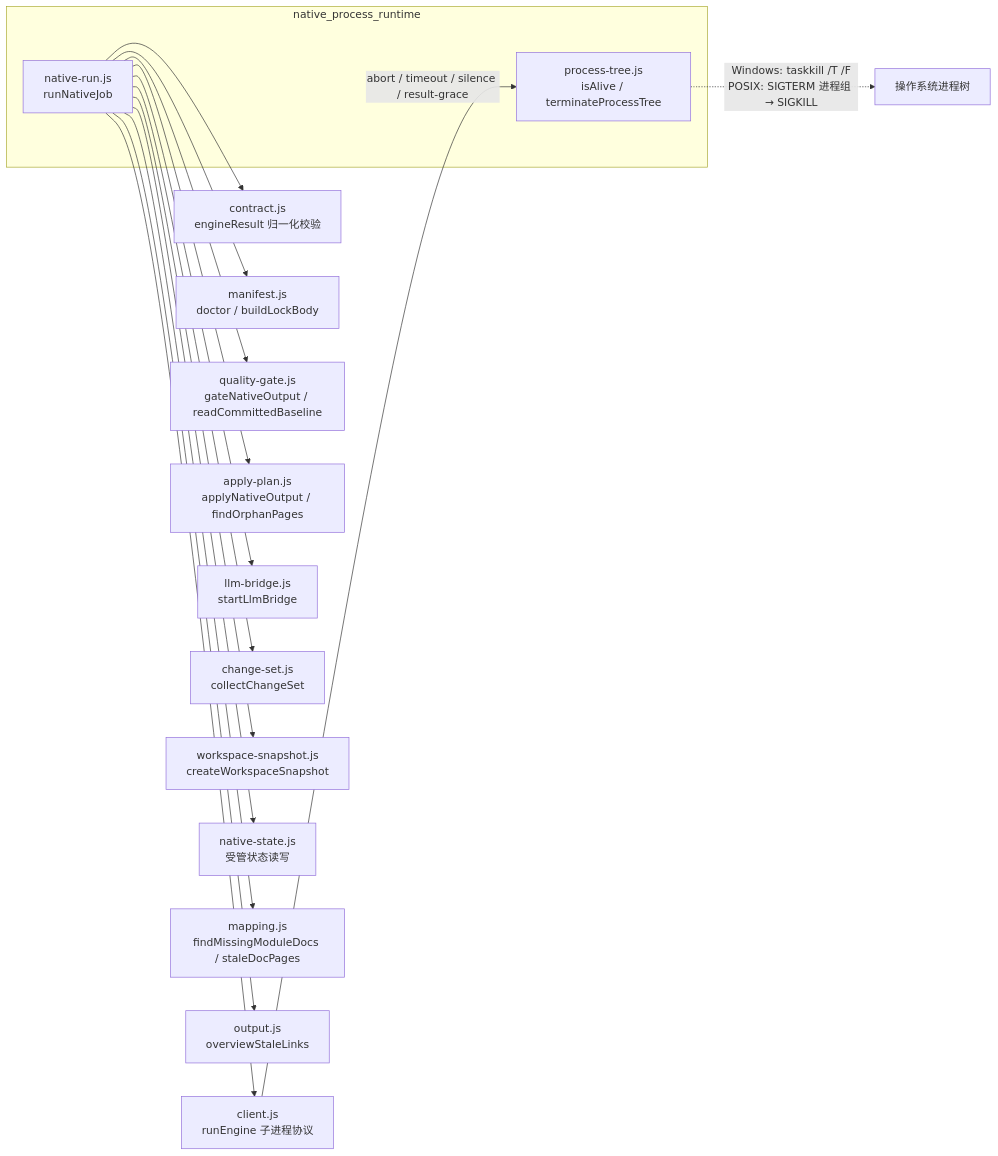
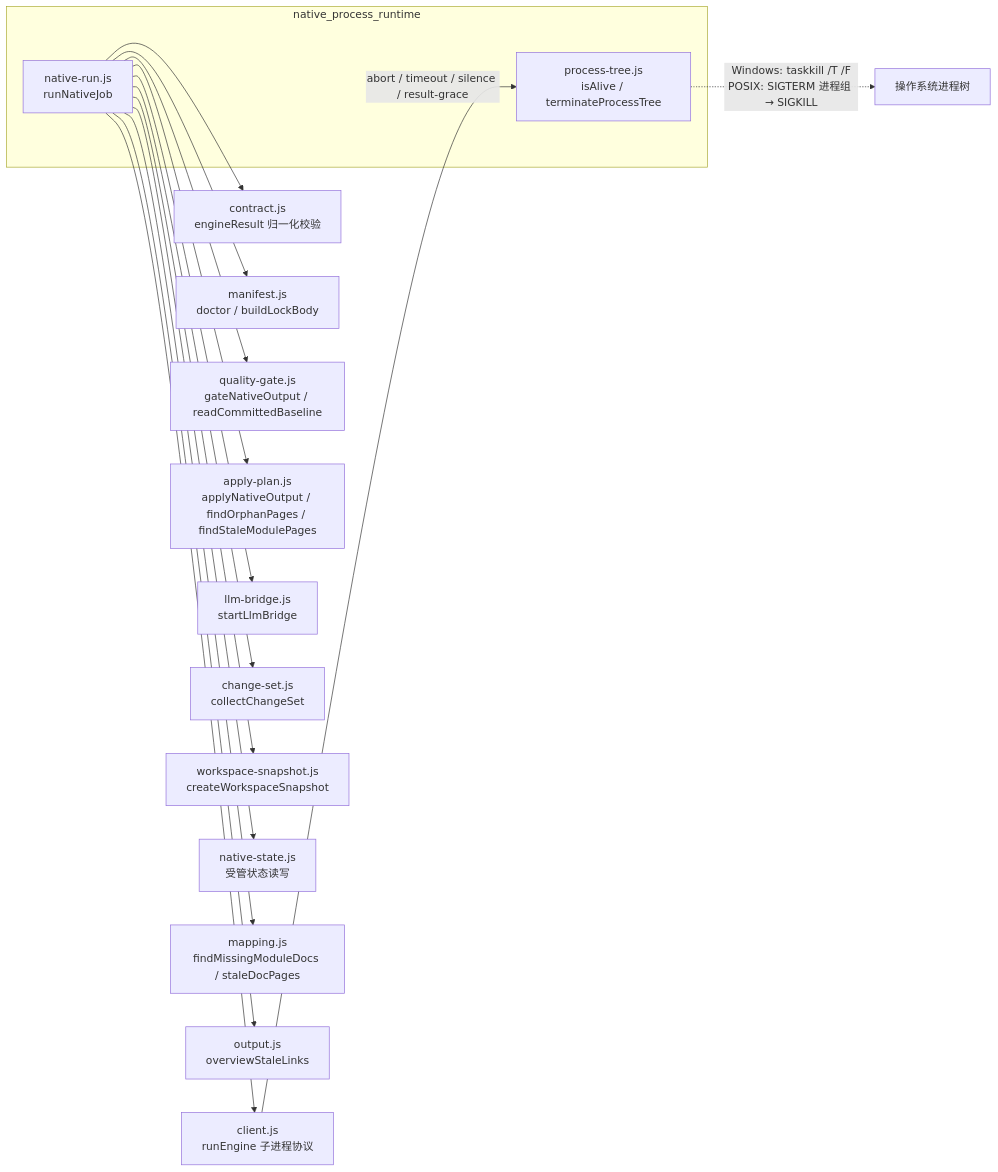
One commit to ikliml666/dsh-codewiki changed the second of 3 diagrams in .codewiki/modules/native-process-runtime.md. Above: the diagram before and after it, drawn with Mermaid. The commit also changed other lines of this file and 16 other files, not shown here.

````diff
--- a/.codewiki/modules/native-process-runtime.md
+++ b/.codewiki/modules/native-process-runtime.md
@@ -65,22 +65,22 @@
 ```mermaid
 flowchart LR
     subgraph 当前模块["native_process_runtime"]
         NR["native-run.js<br/>runNativeJob"]
         PT["process-tree.js<br/>isAlive / terminateProcessTree"]
     end
 
     NR --> CT["contract.js<br/>engineResult 归一化校验"]
     NR --> CL["client.js<br/>runEngine 子进程协议"]
     NR --> MF["manifest.js<br/>doctor / buildLockBody"]
     NR --> QG["quality-gate.js<br/>gateNativeOutput / readCommittedBaseline"]
-    NR --> AP["apply-plan.js<br/>applyNativeOutput / findOrphanPages"]
+    NR --> AP["apply-plan.js<br/>applyNativeOutput / findOrphanPages / findStaleModulePages"]
     NR --> LB["llm-bridge.js<br/>startLlmBridge"]
     NR --> CS["change-set.js<br/>collectChangeSet"]
     NR --> WS["workspace-snapshot.js<br/>createWorkspaceSnapshot"]
     NR --> NS["native-state.js<br/>受管状态读写"]
     NR --> MP["mapping.js<br/>findMissingModuleDocs / staleDocPages"]
     NR --> OP["output.js<br/>overviewStaleLinks"]
 
     CL -->|"abort / timeout / silence / result-grace"| PT
     PT -.->|"Windows: taskkill /T /F<br/>POSIX: SIGTERM 进程组 → SIGKILL"| OS["操作系统进程树"]
 ```
````
